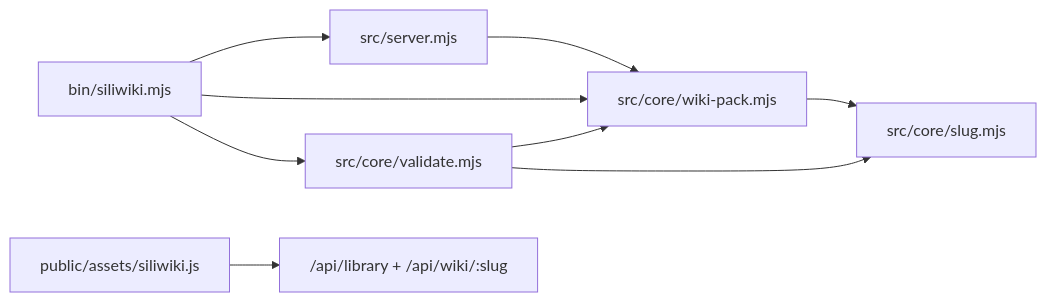
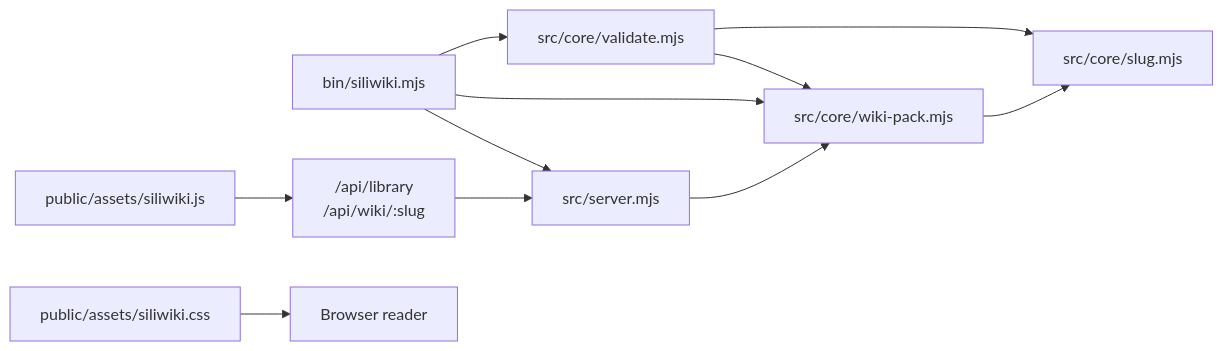
The seventh of 7 diagrams in README.md (Yvnminc/SiliWiki), drawn with Mermaid before and after one commit. The commit also changed other lines of this file, not shown here.

Commit message:
docs: polish README for public launch

````diff
--- a/README.md
+++ b/README.md
@@ -139,11 +328,13 @@
 ```mermaid
 graph LR
-    bin["bin/siliwiki.mjs"] --> server["src/server.mjs"]
-    bin --> pack["src/core/wiki-pack.mjs"]
-    bin --> validate["src/core/validate.mjs"]
-    server --> pack
-    validate --> pack
-    validate --> slug["src/core/slug.mjs"]
-    pack --> slug
-    ui["public/assets/siliwiki.js"] --> api["/api/library + /api/wiki/:slug"]
+    Bin["bin/siliwiki.mjs"] --> Server["src/server.mjs"]
+    Bin --> Pack["src/core/wiki-pack.mjs"]
+    Bin --> Validate["src/core/validate.mjs"]
+    Server --> Pack
+    Validate --> Pack
+    Validate --> Slug["src/core/slug.mjs"]
+    Pack --> Slug
+    PublicJS["public/assets/siliwiki.js"] --> API["/api/library<br/>/api/wiki/:slug"]
+    PublicCSS["public/assets/siliwiki.css"] --> UI["Browser reader"]
+    API --> Server
 ```
````
